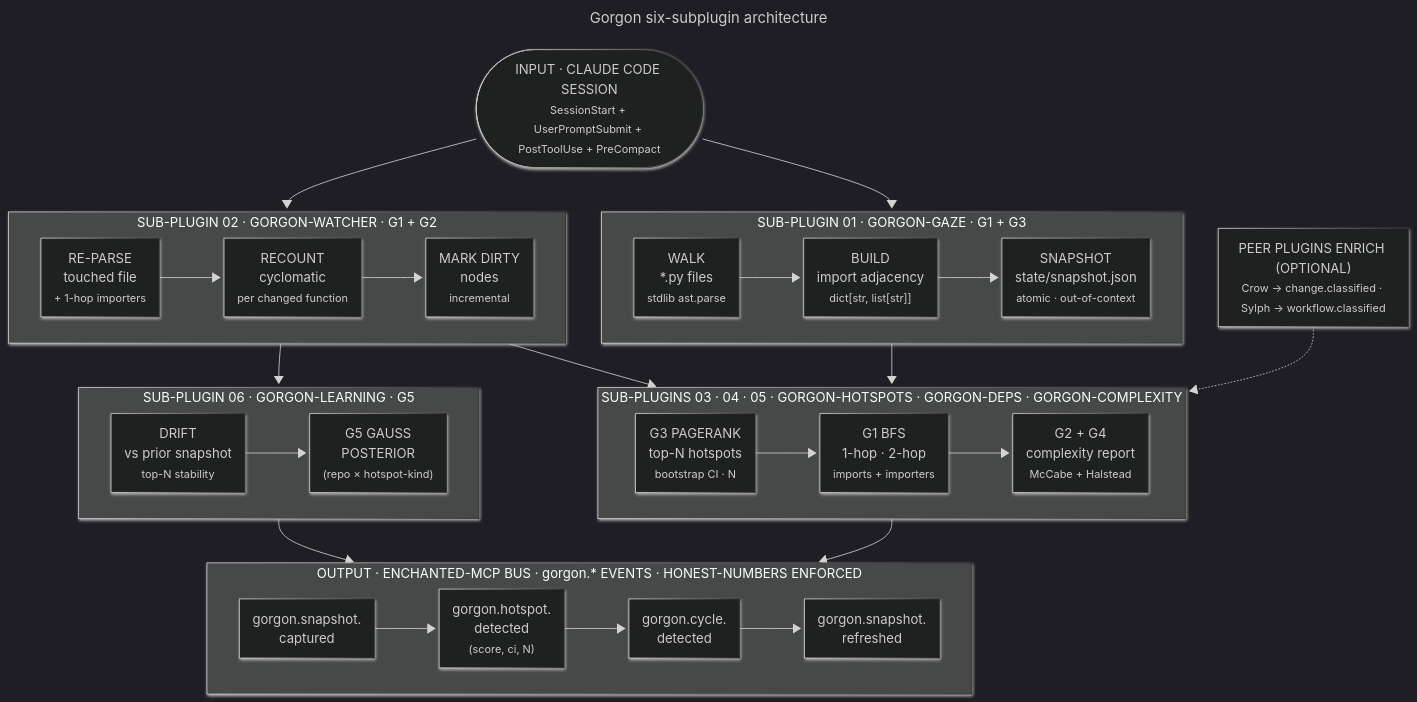
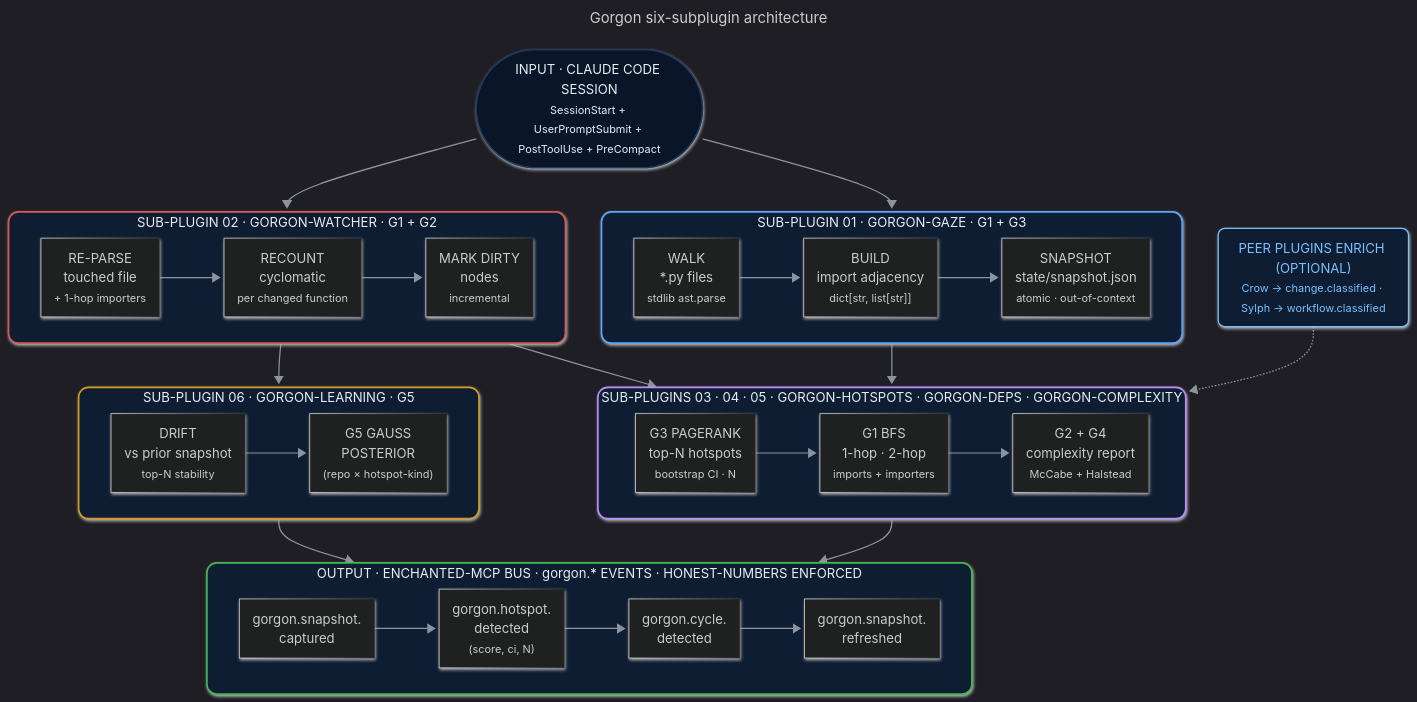
Before and after one commit to enchanter-ai/gorgon: the diagram in docs/assets/pipeline.mmd, drawn with Mermaid. The commit also changed 1 other file, not shown here.

```diff
--- a/docs/assets/pipeline.mmd
+++ b/docs/assets/pipeline.mmd
@@ -1,50 +1,64 @@
 ---
 title: Gorgon six-subplugin architecture
 config:
   look: neo
   theme: dark
   flowchart:
     curve: basis
     padding: 18
     nodeSpacing: 44
     rankSpacing: 54
     htmlLabels: true
 ---
 flowchart TB
     Session(["INPUT · CLAUDE CODE SESSION<br/><small>SessionStart + UserPromptSubmit + PostToolUse + PreCompact</small>"])
 
     subgraph Gaze["SUB-PLUGIN 01 · GORGON-GAZE · G1 + G3"]
         direction LR
         walk["WALK<br/>*.py files<br/><small>stdlib ast.parse</small>"] --> adj["BUILD<br/>import adjacency<br/><small>dict[str, list[str]]</small>"] --> snap["SNAPSHOT<br/>state/snapshot.json<br/><small>atomic · out-of-context</small>"]
     end
 
     subgraph Watcher["SUB-PLUGIN 02 · GORGON-WATCHER · G1 + G2"]
         direction LR
         touched["RE-PARSE<br/>touched file<br/><small>+ 1-hop importers</small>"] --> recount["RECOUNT<br/>cyclomatic<br/><small>per changed function</small>"] --> dirty["MARK DIRTY<br/>nodes<br/><small>incremental</small>"]
     end
 
     subgraph Skills["SUB-PLUGINS 03 · 04 · 05 · GORGON-HOTSPOTS · GORGON-DEPS · GORGON-COMPLEXITY"]
         direction LR
         hot["G3 PAGERANK<br/>top-N hotspots<br/><small>bootstrap CI · N</small>"] --> deps["G1 BFS<br/>1-hop · 2-hop<br/><small>imports + importers</small>"] --> cx["G2 + G4<br/>complexity report<br/><small>McCabe + Halstead</small>"]
     end
 
     subgraph Learning["SUB-PLUGIN 06 · GORGON-LEARNING · G5"]
         direction LR
         drift["DRIFT<br/>vs prior snapshot<br/><small>top-N stability</small>"] --> post["G5 GAUSS<br/>POSTERIOR<br/><small>(repo × hotspot-kind)</small>"]
     end
 
     subgraph Bus["OUTPUT · ENCHANTED-MCP BUS · gorgon.* EVENTS · HONEST-NUMBERS ENFORCED"]
         direction LR
         evt1["gorgon.snapshot.<br/>captured"] --> evt2["gorgon.hotspot.<br/>detected<br/><small>(score, ci, N)</small>"] --> evt3["gorgon.cycle.<br/>detected"] --> evt4["gorgon.snapshot.<br/>refreshed"]
     end
 
     Peers["PEER PLUGINS ENRICH (OPTIONAL)<br/><small>Crow → change.classified · Sylph → workflow.classified</small>"]
 
     Session --> Gaze
     Session --> Watcher
     Gaze --> Skills
     Watcher --> Skills
     Skills --> Bus
     Watcher --> Learning
     Learning --> Bus
     Peers -.-> Skills
+
+    classDef session fill:#0a1628,stroke:#1e3a5f,stroke-width:1.5px,color:#e6edf3,rx:10,ry:10
+    classDef peers fill:#0f1d33,stroke:#79c0ff,stroke-width:1.5px,color:#79c0ff,rx:8,ry:8
+
+    class Session session
+    class Peers peers
+
+    style Gaze fill:#0f1d33,stroke:#58a6ff,stroke-width:2px,color:#e6edf3,rx:12,ry:12
+    style Watcher fill:#0f1d33,stroke:#d75952,stroke-width:2px,color:#e6edf3,rx:12,ry:12
+    style Skills fill:#0f1d33,stroke:#bc8cff,stroke-width:2px,color:#e6edf3,rx:12,ry:12
+    style Learning fill:#0f1d33,stroke:#d29922,stroke-width:2px,color:#e6edf3,rx:12,ry:12
+    style Bus fill:#0f1d33,stroke:#3fb950,stroke-width:2px,color:#e6edf3,rx:12,ry:12
+
+    linkStyle default stroke:#8b949e,stroke-width:1.5px
```
